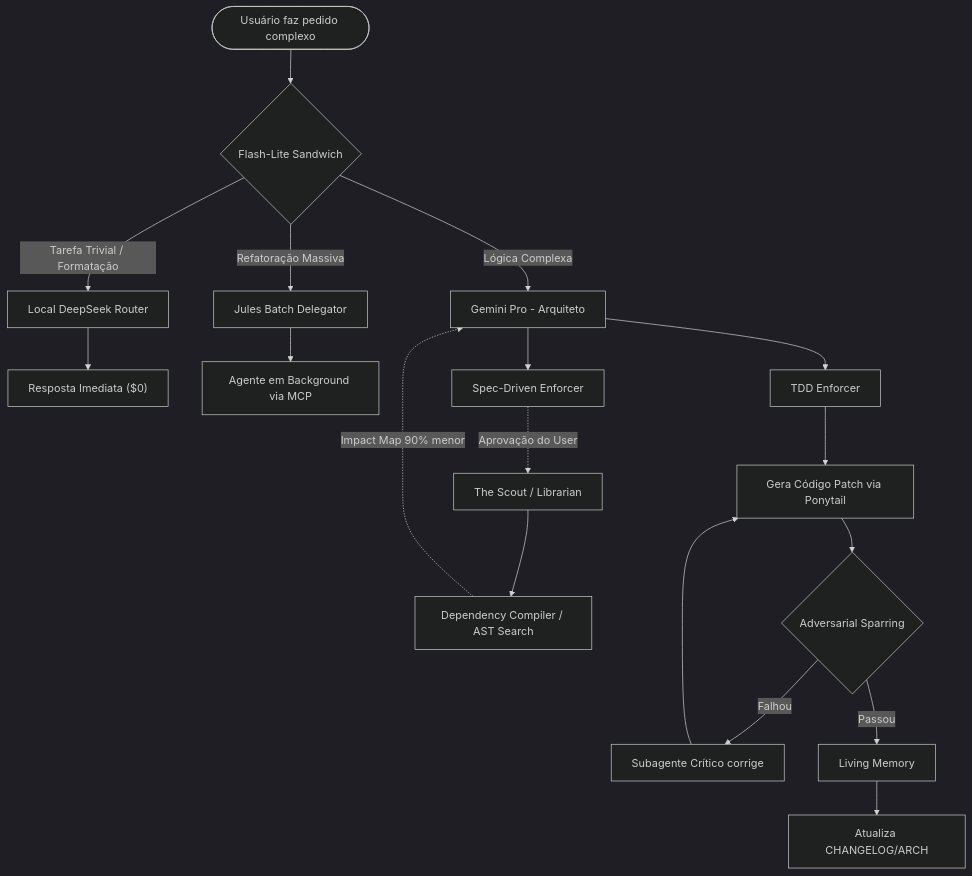
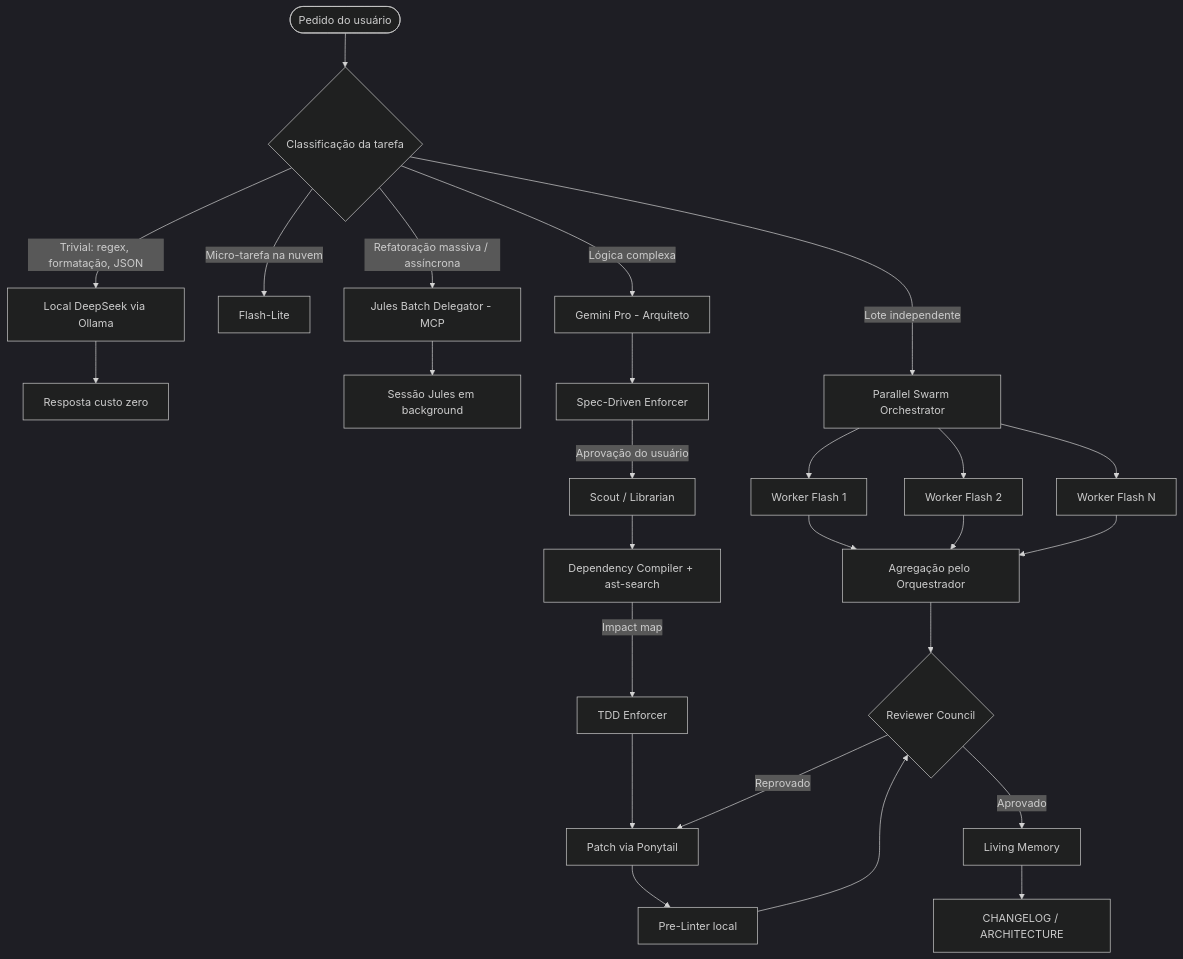
Before and after one commit to Helfstein-one/event-horizon-skill: the first of 2 diagrams in README.md, drawn with Mermaid (dark theme). The commit also changed other lines of this file, not shown here.

Commit message:
docs: full README update with swarm architecture, catalog and benchmark

````diff
--- a/README.md
+++ b/README.md
@@ -55,28 +80,33 @@
 ```mermaid
 flowchart TD
-    User(["Usuário faz pedido complexo"]) --> Router{"Flash-Lite Sandwich"}
-    
-    Router -- "Tarefa Trivial / Formatação" --> Ollama["Local DeepSeek Router"]
-    Ollama --> Output["Resposta Imediata ($0)"]
-    
-    Router -- "Refatoração Massiva" --> MCP["Jules Batch Delegator"]
-    MCP --> Background["Agente em Background via MCP"]
-    
-    Router -- "Lógica Complexa" --> Pro["Gemini Pro - Arquiteto"]
-    
+    User(["Pedido do usuário"]) --> Router{"Classificação da tarefa"}
+
+    Router -- "Trivial: regex, formatação, JSON" --> Local["Local DeepSeek via Ollama"]
+    Local --> Out1["Resposta custo zero"]
+
+    Router -- "Micro-tarefa na nuvem" --> Lite["Flash-Lite"]
+
+    Router -- "Refatoração massiva / assíncrona" --> Jules["Jules Batch Delegator - MCP"]
+    Jules --> BG["Sessão Jules em background"]
+
+    Router -- "Lote independente" --> Swarm["Parallel Swarm Orchestrator"]
+    Swarm --> W1["Worker Flash 1"]
+    Swarm --> W2["Worker Flash 2"]
+    Swarm --> W3["Worker Flash N"]
+    W1 --> Agg["Agregação pelo Orquestrador"]
+    W2 --> Agg
+    W3 --> Agg
+
+    Router -- "Lógica complexa" --> Pro["Gemini Pro - Arquiteto"]
     Pro --> SDD["Spec-Driven Enforcer"]
-    SDD -.->|"Aprovação do User"| Scout["The Scout / Librarian"]
-    
-    Scout --> AST["Dependency Compiler / AST Search"]
-    AST -.->|"Impact Map 90% menor"| Pro
-    
-    Pro --> TDD["TDD Enforcer"]
-    TDD --> Code["Gera Código Patch via Ponytail"]
-    
-    Code --> Audit{"Adversarial Sparring"}
-    Audit -- "Falhou" --> Flash["Subagente Crítico corrige"]
-    Flash --> Code
-    Audit -- "Passou" --> Post["Living Memory"]
-    
-    Post --> Doc["Atualiza CHANGELOG/ARCH"]
+    SDD -->|"Aprovação do usuário"| Scout["Scout / Librarian"]
+    Scout --> AST["Dependency Compiler + ast-search"]
+    AST -->|"Impact map"| TDD["TDD Enforcer"]
+    TDD --> Code["Patch via Ponytail"]
+    Code --> Lint["Pre-Linter local"]
+    Lint --> Council{"Reviewer Council"}
+    Council -- "Reprovado" --> Code
+    Council -- "Aprovado" --> Mem["Living Memory"]
+    Agg --> Council
+    Mem --> Doc["CHANGELOG / ARCHITECTURE"]
 ```
````
